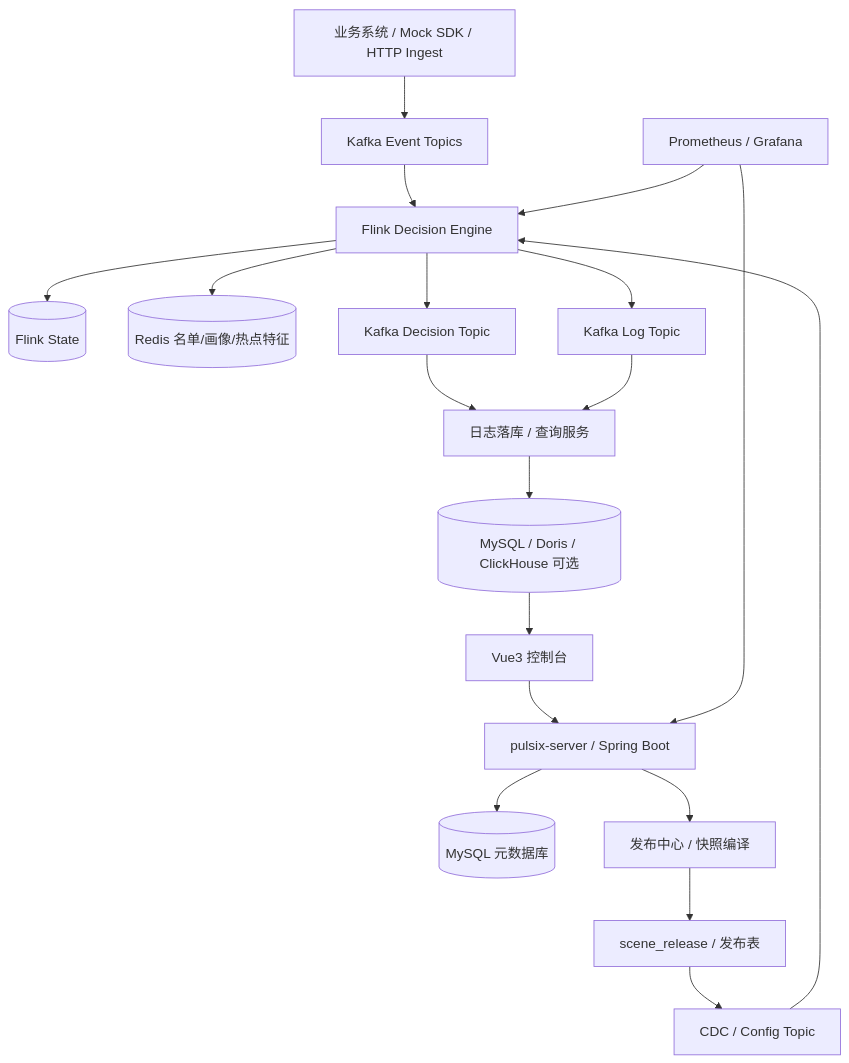
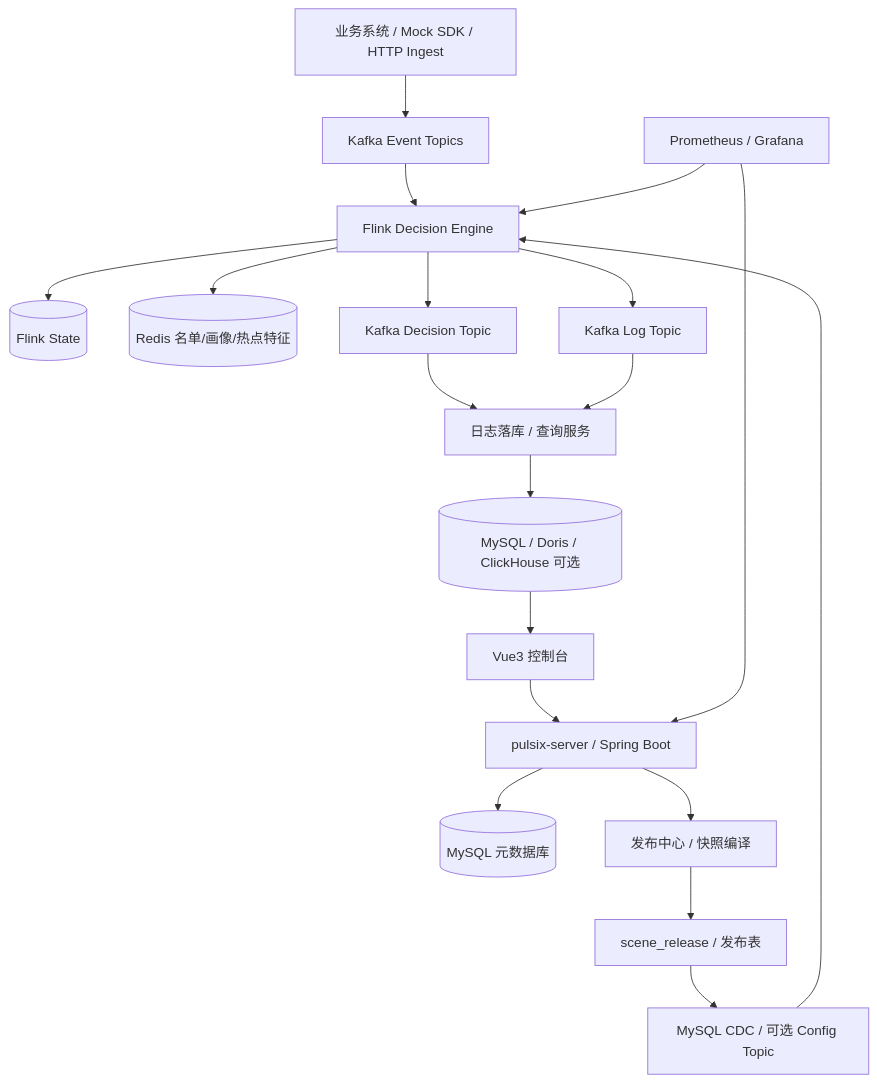
Before and after one commit to liboshuai01/pulsix: the diagram in docs/方案/实时风控系统第4章：系统总体架构设计总览.md, drawn with Mermaid. The commit also changed other lines of this file and 12 other files, not shown here.

````diff
--- a/docs/方案/实时风控系统第4章：系统总体架构设计总览.md
+++ b/docs/方案/实时风控系统第4章：系统总体架构设计总览.md
@@ -149,26 +149,26 @@
 ```mermaid
 graph TD
     A[业务系统 / Mock SDK / HTTP Ingest] --> B[Kafka Event Topics]
 
     C[Vue3 控制台] --> D[pulsix-server / Spring Boot]
     D --> E[(MySQL 元数据库)]
     D --> F[发布中心 / 快照编译]
     F --> G[scene_release / 发布表]
-    G --> H[CDC / Config Topic]
+    G --> H[MySQL CDC / 可选 Config Topic]
 
     B --> I[Flink Decision Engine]
     H --> I
 
     I --> J[(Flink State)]
     I --> K[(Redis 名单/画像/热点特征)]
     I --> L[Kafka Decision Topic]
     I --> M[Kafka Log Topic]
 
     L --> N[日志落库 / 查询服务]
     M --> N
     N --> O[(MySQL / Doris / ClickHouse 可选)]
 
     O --> C
     P[Prometheus / Grafana] --> I
     P --> D
 ```
````
